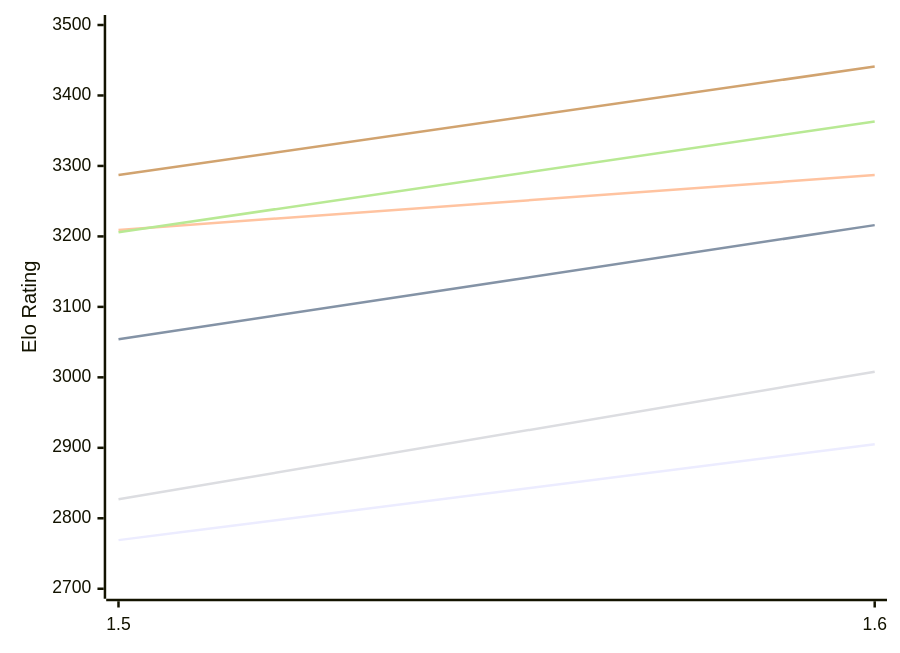
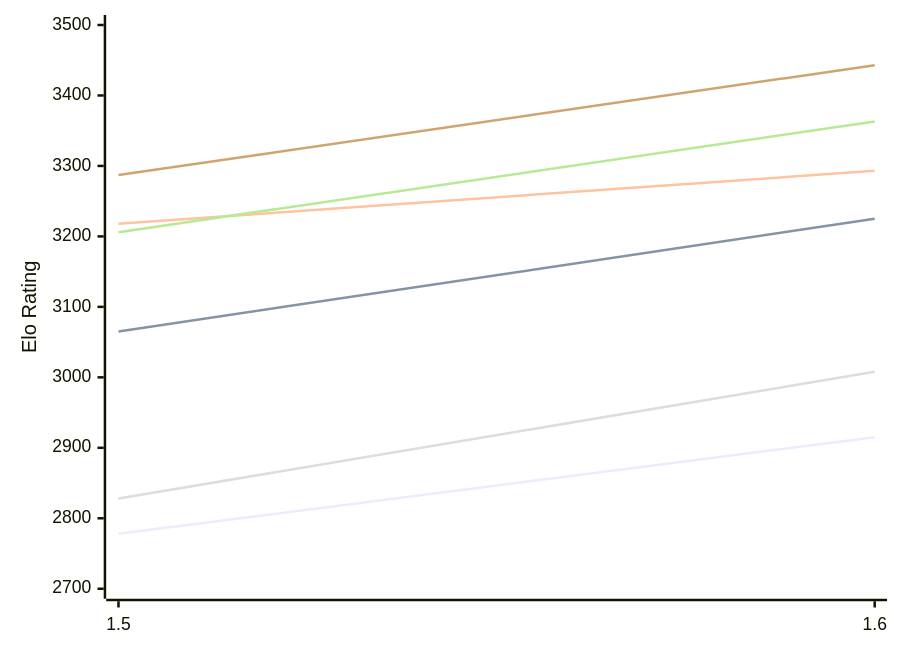
The first of 2 diagrams in engines/Yakka.md (computer-chess-index/cci), drawn with Mermaid before and after one commit. The commit also changed other lines of this file, not shown here.

Commit message:
Update CCI Ratings (ELO VLTC) - 2026-11-07

````diff
--- a/engines/Yakka.md
+++ b/engines/Yakka.md
@@ -51,12 +51,12 @@
 ```mermaid
 %%{init: {"theme":"base","themeVariables":{"seriesColors:['#a3a3a3','#222221','#faa371']}}}%%
 xychart-beta
   x-axis ["1.5", "1.6"]
   y-axis "Elo Rating" 2700 --> 3500
-  line "E1: STC (8.0+0.08s)" [2769, 2905]
-  line "E1: LTC (60.0+0.60s)" [3054, 3216]
-  line "E1: VLTC (2m24s+1.12s)" [3209, 3287]
-  line "P1: STC (8.0+0.08s)" [2827, 3008]
+  line "E1: STC (8.0+0.08s)" [2778, 2915]
+  line "E1: LTC (60.0+0.60s)" [3065, 3225]
+  line "E1: VLTC (2m24s+1.12s)" [3218, 3293]
+  line "P1: STC (8.0+0.08s)" [2828, 3008]
   line "P1: LTC (60.0+0.60s)" [3206, 3363]
-  line "P1: VLTC (2m24s+1.12s)" [3287, 3441]
+  line "P1: VLTC (2m24s+1.12s)" [3287, 3443]
 ```
````
